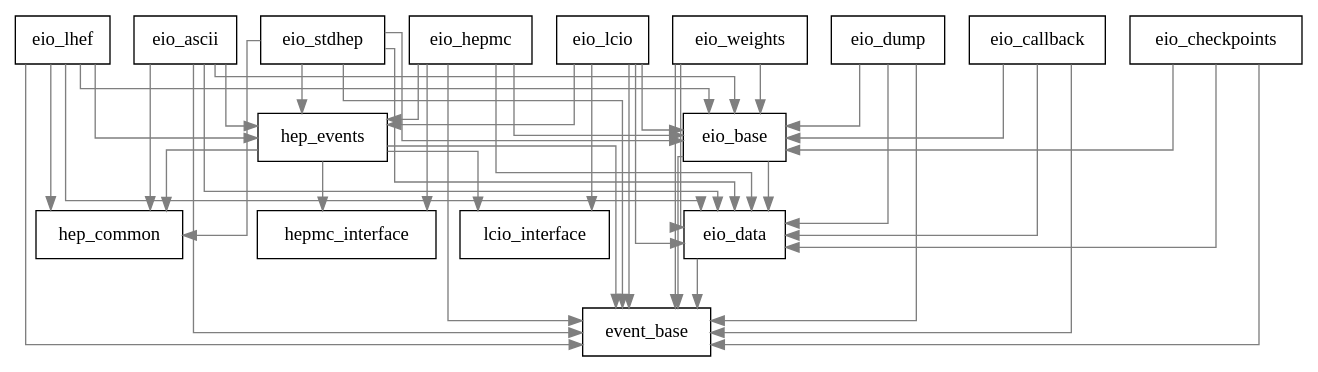
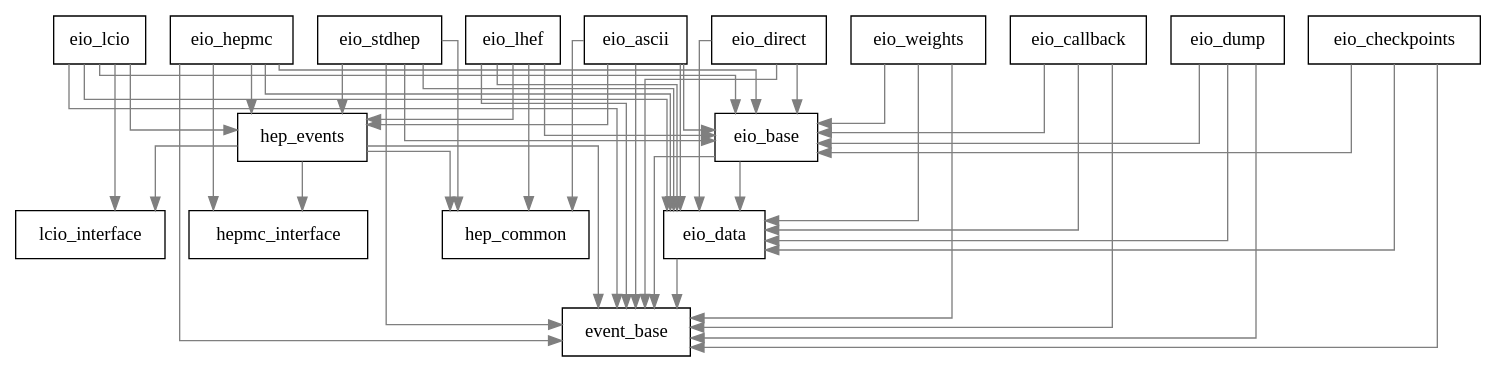
Before and after one commit to bendavid/whizard: the diagram in share/doc/events.dot, drawn with Graphviz. The commit also changed 1112 other files, not shown here.

```diff
--- a/share/doc/events.dot
+++ b/share/doc/events.dot
@@ -1,51 +1,54 @@
 
 digraph G {
 concentrate=true
 splines=ortho
 node[shape=record,style=filled,fillcolor=white]
 edge[color=gray50]
 eio_ascii -> hep_common
 eio_callback -> eio_base
 eio_lhef -> event_base
+eio_lcio -> hep_events
+eio_direct -> event_base
 eio_callback -> event_base
-eio_lcio -> hep_events
 eio_ascii -> eio_base
 eio_weights -> event_base
 eio_lhef -> hep_common
 hep_events -> lcio_interface
 eio_data -> event_base
 eio_ascii -> eio_data
 eio_weights -> eio_base
 eio_dump -> eio_data
 eio_stdhep -> eio_data
 eio_hepmc -> eio_base
 hep_events -> hepmc_interface
 eio_checkpoints -> eio_base
+eio_direct -> eio_data
 eio_ascii -> event_base
 eio_lhef -> eio_base
 eio_lhef -> hep_events
 hep_events -> event_base
 eio_lhef -> eio_data
-eio_dump -> eio_base
+eio_base -> eio_data
 eio_hepmc -> hep_events
 eio_lcio -> event_base
 eio_checkpoints -> eio_data
 eio_hepmc -> hepmc_interface
 eio_stdhep -> hep_events
 hep_events -> hep_common
 eio_checkpoints -> event_base
 eio_callback -> eio_data
 eio_lcio -> eio_base
 eio_hepmc -> event_base
 eio_ascii -> hep_events
 eio_base -> event_base
 eio_stdhep -> event_base
 eio_lcio -> eio_data
 eio_dump -> event_base
 eio_stdhep -> hep_common
+eio_direct -> eio_base
 eio_stdhep -> eio_base
-eio_base -> eio_data
+eio_dump -> eio_base
 eio_weights -> eio_data
 eio_hepmc -> eio_data
 eio_lcio -> lcio_interface
  }
```
